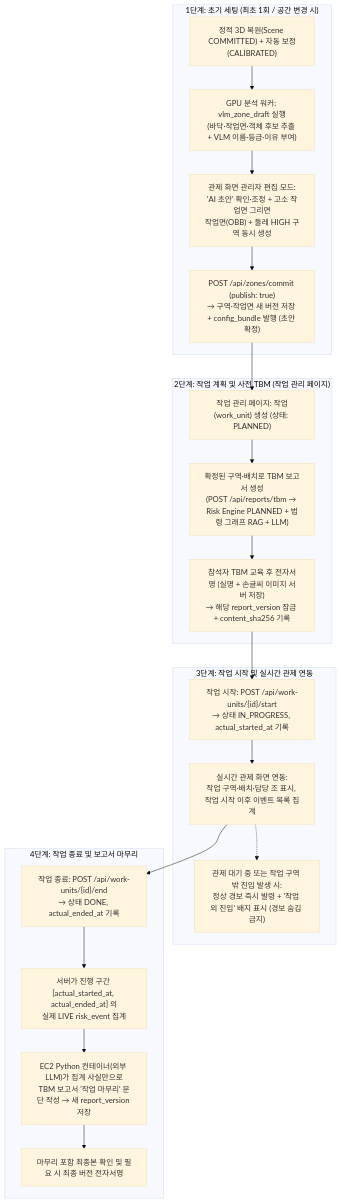
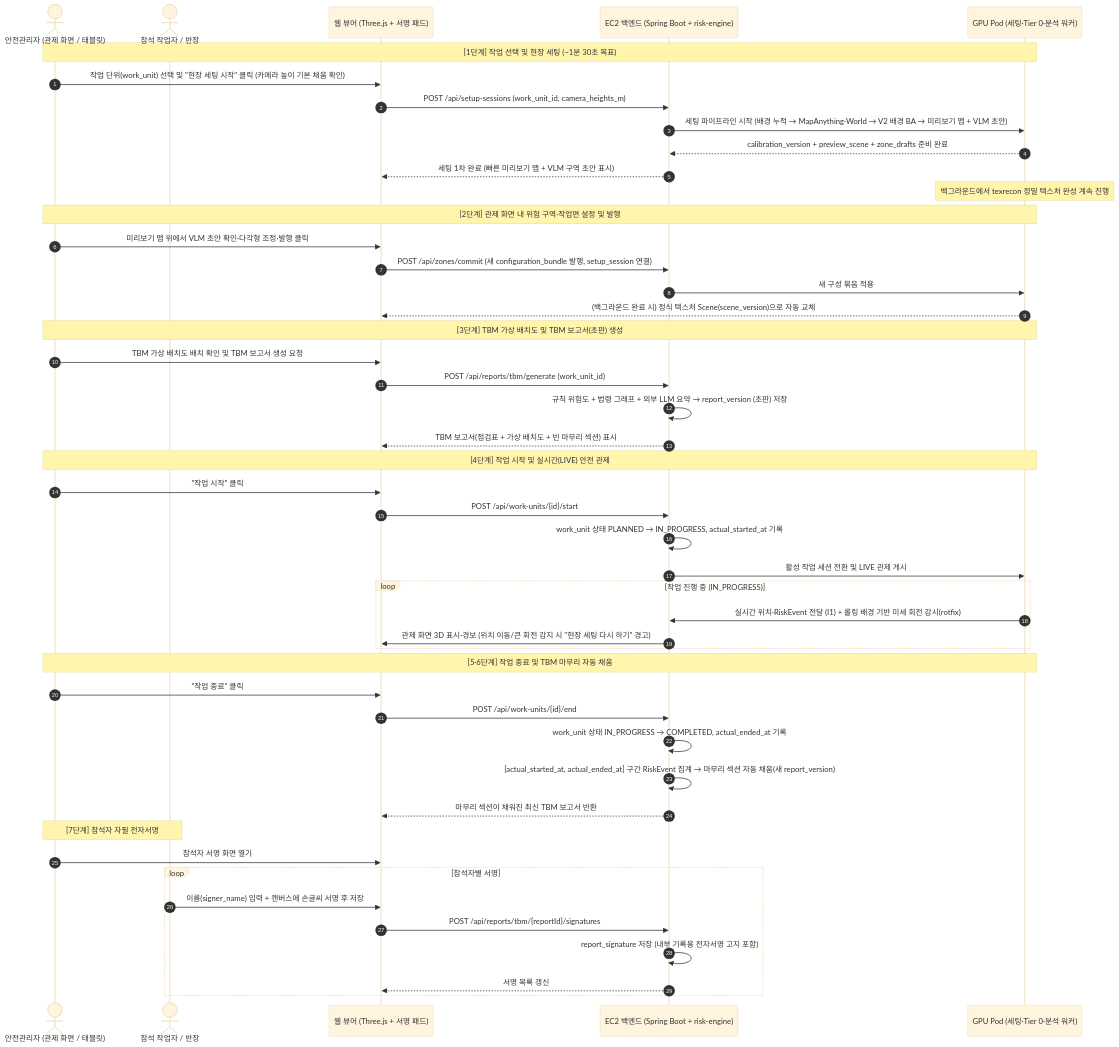
Before and after one commit to Janjonghwa/simai: the first of 2 diagrams in docs/design/work-session-flow.md, drawn with Mermaid (base theme). The commit also changed other lines of this file and 15 other files, not shown here.

````diff
--- a/docs/design/work-session-flow.md
+++ b/docs/design/work-session-flow.md
@@ -66,37 +28,55 @@
 ```mermaid
-flowchart TD
-    subgraph S1["1단계: 초기 세팅 (최초 1회 / 공간 변경 시)"]
-        A1["정적 3D 복원(Scene COMMITTED) + 자동 보정(CALIBRATED)"]
-        A2["GPU 분석 워커: vlm_zone_draft 실행\n(바닥·작업면·객체 후보 추출 + VLM 이름·등급·이유 부여)"]
-        A3["관제 화면 관리자 편집 모드:\n'AI 초안' 확인·조정 + 고소 작업면 그리면\n작업면(OBB) + 둘레 HIGH 구역 동시 생성"]
-        A4["POST /api/zones/commit (publish: true)\n→ 구역·작업면 새 버전 저장 + config_bundle 발행 (초안 확정)"]
-        A1 --> A2 --> A3 --> A4
+sequenceDiagram
+    autonumber
+    actor Admin as 안전관리자 (관제 화면 / 태블릿)
+    actor Worker as 참석 작업자 / 반장
+    participant Viewer as 웹 뷰어 (Three.js + 서명 패드)
+    participant API as EC2 백엔드 (Spring Boot + risk-engine)
+    participant Tier0 as GPU Pod (세팅·Tier 0·분석 워커)
+
+    Note over Admin,Tier0: [1단계] 작업 선택 및 현장 세팅 (~1분 30초 목표)
+    Admin->>Viewer: 작업 단위(work_unit) 선택 및 "현장 세팅 시작" 클릭 (카메라 높이 기본 채움 확인)
+    Viewer->>API: POST /api/setup-sessions (work_unit_id, camera_heights_m)
+    API->>Tier0: 세팅 파이프라인 시작 (배경 누적 → MapAnything·World → V2 배경 BA → 미리보기 맵 + VLM 초안)
+    Tier0-->>API: calibration_version + preview_scene + zone_drafts 준비 완료
+    API-->>Viewer: 세팅 1차 완료 (빠른 미리보기 맵 + VLM 구역 초안 표시)
+    Note over Tier0: 백그라운드에서 texrecon 정밀 텍스처 완성 계속 진행
+
+    Note over Admin,Tier0: [2단계] 관제 화면 내 위험 구역·작업면 설정 및 발행
+    Admin->>Viewer: 미리보기 맵 위에서 VLM 초안 확인·다각형 조정·발행 클릭
+    Viewer->>API: POST /api/zones/commit (새 configuration_bundle 발행, setup_session 연결)
+    API->>Tier0: 새 구성 묶음 적용
+    Tier0-->>Viewer: (백그라운드 완료 시) 정식 텍스처 Scene(scene_version)으로 자동 교체
+
+    Note over Admin,Tier0: [3단계] TBM 가상 배치도 및 TBM 보고서(초판) 생성
+    Admin->>Viewer: TBM 가상 배치도 배치 확인 및 TBM 보고서 생성 요청
+    Viewer->>API: POST /api/reports/tbm/generate (work_unit_id)
+    API->>API: 규칙 위험도 + 법령 그래프 + 외부 LLM 요약 → report_version (초판) 저장
+    API-->>Viewer: TBM 보고서(점검표 + 가상 배치도 + 빈 마무리 섹션) 표시
+
+    Note over Admin,Tier0: [4단계] 작업 시작 및 실시간(LIVE) 안전 관제
+    Admin->>Viewer: "작업 시작" 클릭
+    Viewer->>API: POST /api/work-units/{id}/start
+    API->>API: work_unit 상태 PLANNED → IN_PROGRESS, actual_started_at 기록
+    API->>Tier0: 활성 작업 세션 전환 및 LIVE 관제 게시
+    loop 작업 진행 중 (IN_PROGRESS)
+        Tier0->>API: 실시간 위치·RiskEvent 전달 (I1) + 롤링 배경 기반 미세 회전 감시(rotfix)
+        API->>Viewer: 관제 화면 3D 표시·경보 (위치 이동/큰 회전 감지 시 "현장 세팅 다시 하기" 경고)
     end
 
-    subgraph S2["2단계: 작업 계획 및 사전 TBM (작업 관리 페이지)"]
-        B1["작업 관리 페이지: 작업(work_unit) 생성 (상태: PLANNED)"]
-        B2["확정된 구역·배치로 TBM 보고서 생성\n(POST /api/reports/tbm → Risk Engine PLANNED + 법령 그래프 RAG + LLM)"]
-        B3["참석자 TBM 교육 후 전자서명 (실명 + 손글씨 이미지 서버 저장)\n→ 해당 report_version 잠금 + content_sha256 기록"]
-        B1 --> B2 --> B3
+    Note over Admin,Tier0: [5·6단계] 작업 종료 및 TBM 마무리 자동 채움
+    Admin->>Viewer: "작업 종료" 클릭
+    Viewer->>API: POST /api/work-units/{id}/end
+    API->>API: work_unit 상태 IN_PROGRESS → COMPLETED, actual_ended_at 기록
+    API->>API: [actual_started_at, actual_ended_at] 구간 RiskEvent 집계 → 마무리 섹션 자동 채움(새 report_version)
+    API-->>Viewer: 마무리 섹션이 채워진 최신 TBM 보고서 반환
+
+    Note over Admin,Worker: [7단계] 참석자 자필 전자서명
+    Admin->>Viewer: 참석자 서명 화면 열기
+    loop 참석자별 서명
+        Worker->>Viewer: 이름(signer_name) 입력 + 캔버스에 손글씨 서명 후 저장
+        Viewer->>API: POST /api/reports/tbm/{reportId}/signatures
+        API->>API: report_signature 저장 (내부 기록용 전자서명 고지 포함)
+        API-->>Viewer: 서명 목록 갱신
     end
-
-    subgraph S3["3단계: 작업 시작 및 실시간 관제 연동"]
-        C1["작업 시작: POST /api/work-units/{id}/start\n→ 상태 IN_PROGRESS, actual_started_at 기록"]
-        C2["실시간 관제 화면 연동:\n작업 구역·배치·담당 조 표시, 작업 시작 이후 이벤트 목록 집계"]
-        C3["관제 대기 중 또는 작업 구역 밖 진입 발생 시:\n정상 경보 즉시 발령 + '작업 외 진입' 배지 표시 (경보 숨김 금지)"]
-        C1 --> C2
-        C2 -.-> C3
-    end
-
-    subgraph S4["4단계: 작업 종료 및 보고서 마무리"]
-        D1["작업 종료: POST /api/work-units/{id}/end\n→ 상태 DONE, actual_ended_at 기록"]
-        D2["서버가 진행 구간 [actual_started_at, actual_ended_at] 의\n실제 LIVE risk_event 집계"]
-        D3["EC2 Python 컨테이너(외부 LLM)가 집계 사실만으로\nTBM 보고서 '작업 마무리' 문단 작성 → 새 report_version 저장"]
-        D4["마무리 포함 최종본 확인 및 필요 시 최종 버전 전자서명"]
-        D1 --> D2 --> D3 --> D4
-    end
-
-    A4 --> B1
-    B3 --> C1
-    C2 --> D1
 ```
````
